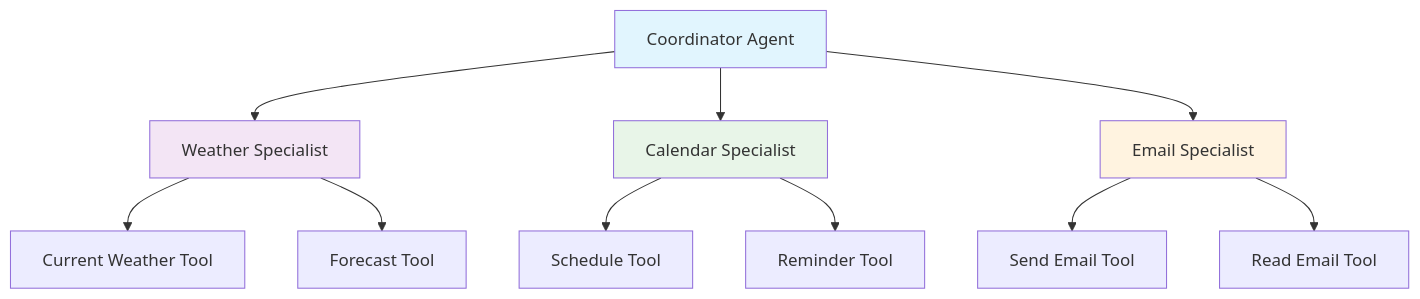
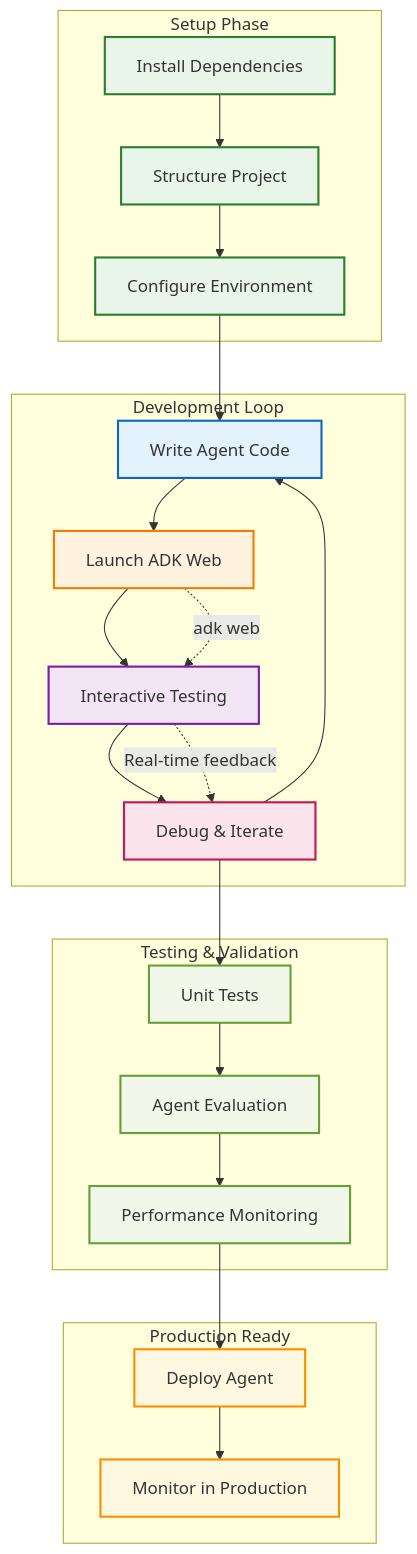
One commit to raphaelmansuy/tutorials changed the sixth of 7 diagrams in 29_adk_simple_tutorial.md. Above: the diagram before and after it, drawn with Mermaid. The commit also changed other lines of this file, not shown here.

Commit message:
Implement feature X to enhance user experience and optimize performance

````diff
--- a/29_adk_simple_tutorial.md
+++ b/29_adk_simple_tutorial.md
@@ -1824,20 +632,54 @@
 ```mermaid
-graph TD
-    A[Coordinator Agent] --> B[Weather Specialist]
-    A --> C[Calendar Specialist]
-    A --> D[Email Specialist]
-
-    B --> E[Current Weather Tool]
-    B --> F[Forecast Tool]
-
-    C --> G[Schedule Tool]
-    C --> H[Reminder Tool]
-
-    D --> I[Send Email Tool]
-    D --> J[Read Email Tool]
-
-    style A fill:#e1f5fe
-    style B fill:#f3e5f5
-    style C fill:#e8f5e8
-    style D fill:#fff3e0
+flowchart TD  
+    subgraph "Setup Phase"
+        A[Install Dependencies]
+        B[Structure Project]
+        C[Configure Environment]
+        style A fill:#e8f5e8,stroke:#2e7d32,stroke-width:2px
+        style B fill:#e8f5e8,stroke:#2e7d32,stroke-width:2px
+        style C fill:#e8f5e8,stroke:#2e7d32,stroke-width:2px
+    end
+    
+    subgraph "Development Loop"
+        D[Write Agent Code]
+        E[Launch ADK Web]
+        F[Interactive Testing]
+        G[Debug & Iterate]
+        style D fill:#e3f2fd,stroke:#1565c0,stroke-width:2px
+        style E fill:#fff3e0,stroke:#f57c00,stroke-width:2px
+        style F fill:#f3e5f5,stroke:#7b1fa2,stroke-width:2px
+        style G fill:#fce4ec,stroke:#c2185b,stroke-width:2px
+    end
+    
+    subgraph "Testing & Validation"
+        H[Unit Tests]
+        I[Agent Evaluation]
+        J[Performance Monitoring]
+        style H fill:#f1f8e9,stroke:#689f38,stroke-width:2px
+        style I fill:#f1f8e9,stroke:#689f38,stroke-width:2px
+        style J fill:#f1f8e9,stroke:#689f38,stroke-width:2px
+    end
+    
+    subgraph "Production Ready"
+        K[Deploy Agent]
+        L[Monitor in Production]
+        style K fill:#fff8e1,stroke:#ff8f00,stroke-width:2px
+        style L fill:#fff8e1,stroke:#ff8f00,stroke-width:2px
+    end
+    
+    A --> B
+    B --> C
+    C --> D
+    D --> E
+    E --> F
+    F --> G
+    G --> D
+    G --> H
+    H --> I
+    I --> J
+    J --> K
+    K --> L
+    
+    E -.->|adk web| F
+    F -.->|Real-time feedback| G
 ```
````
